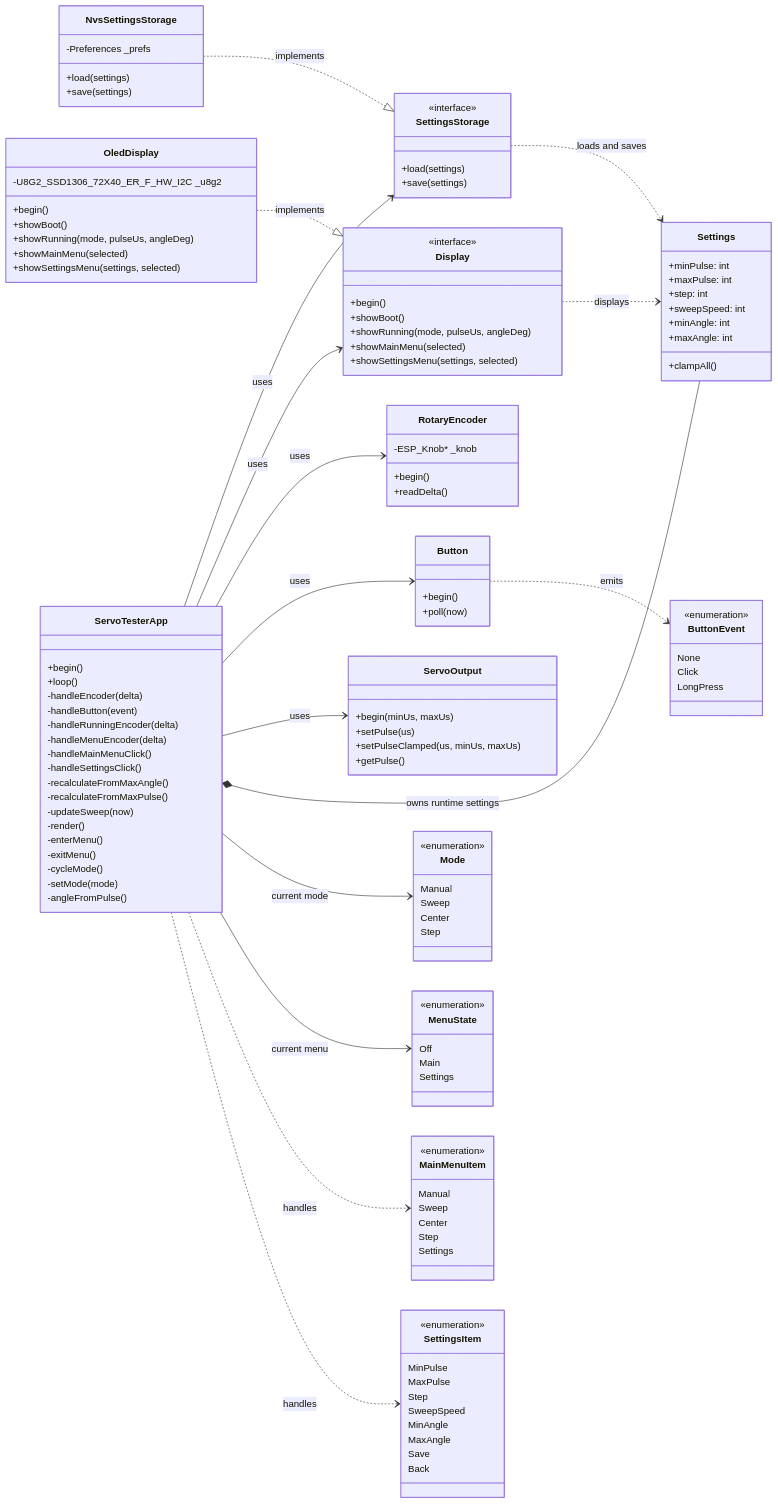
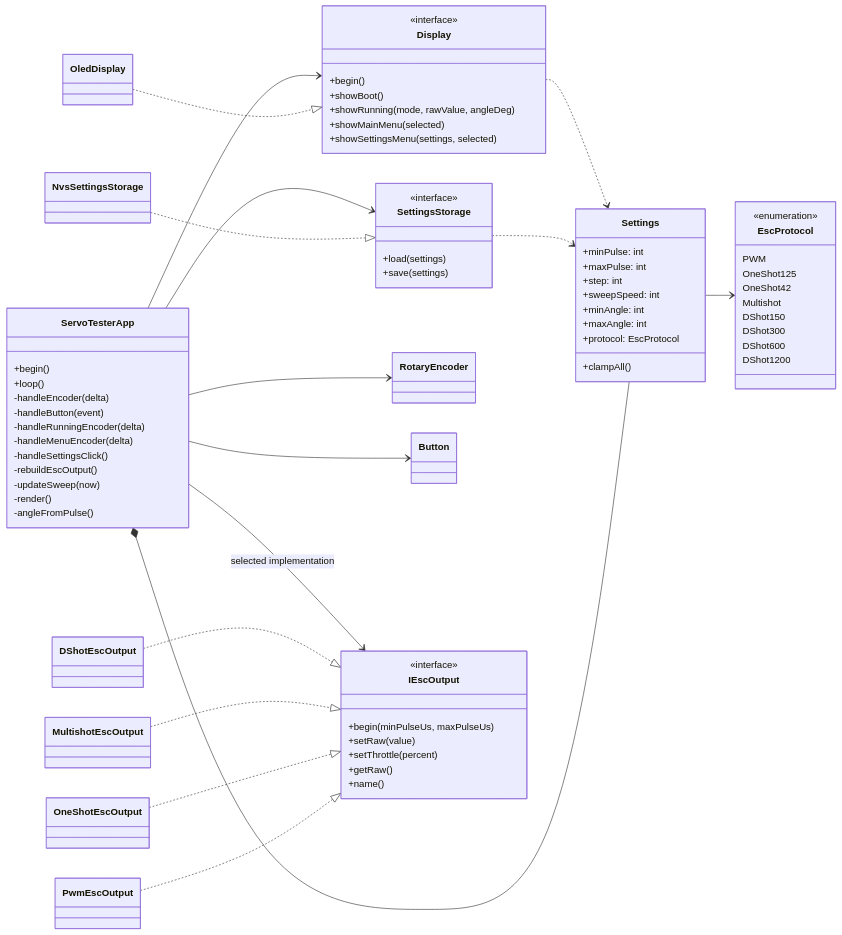
Before and after one commit to DKKivu/ServoTester: the third of 4 diagrams in DIAGRAMS.md, drawn with Mermaid. The commit also changed other lines of this file and 4 other files, not shown here.

````diff
--- a/DIAGRAMS.md
+++ b/DIAGRAMS.md
@@ -59,16 +79,10 @@
         -handleButton(event)
         -handleRunningEncoder(delta)
         -handleMenuEncoder(delta)
-        -handleMainMenuClick()
         -handleSettingsClick()
-        -recalculateFromMaxAngle()
-        -recalculateFromMaxPulse()
+        -rebuildEscOutput()
         -updateSweep(now)
         -render()
-        -enterMenu()
-        -exitMenu()
-        -cycleMode()
-        -setMode(mode)
         -angleFromPulse()
     }
 
@@ -79,6 +93,7 @@
         +sweepSpeed: int
         +minAngle: int
         +maxAngle: int
+        +protocol: EscProtocol
         +clampAll()
     }
 
@@ -87,105 +102,55 @@
         +load(settings)
         +save(settings)
     }
-
-    class NvsSettingsStorage {
-        -Preferences _prefs
-        +load(settings)
-        +save(settings)
-    }
-
+    class NvsSettingsStorage
     class Display {
         <<interface>>
         +begin()
         +showBoot()
-        +showRunning(mode, pulseUs, angleDeg)
+        +showRunning(mode, rawValue, angleDeg)
         +showMainMenu(selected)
         +showSettingsMenu(settings, selected)
     }
-
-    class OledDisplay {
-        -U8G2_SSD1306_72X40_ER_F_HW_I2C _u8g2
-        +begin()
-        +showBoot()
-        +showRunning(mode, pulseUs, angleDeg)
-        +showMainMenu(selected)
-        +showSettingsMenu(settings, selected)
+    class OledDisplay
+    class RotaryEncoder
+    class Button
+    class IEscOutput {
+        <<interface>>
+        +begin(minPulseUs, maxPulseUs)
+        +setRaw(value)
+        +setThrottle(percent)
+        +getRaw()
+        +name()
+    }
+    class PwmEscOutput
+    class OneShotEscOutput
+    class MultishotEscOutput
+    class DShotEscOutput
+    class EscProtocol {
+        <<enumeration>>
+        PWM
+        OneShot125
+        OneShot42
+        Multishot
+        DShot150
+        DShot300
+        DShot600
+        DShot1200
     }
 
-    class RotaryEncoder {
-        -ESP_Knob* _knob
-        +begin()
-        +readDelta()
-    }
-
-    class Button {
-        +begin()
-        +poll(now)
-    }
-
-    class ServoOutput {
-        +begin(minUs, maxUs)
-        +setPulse(us)
-        +setPulseClamped(us, minUs, maxUs)
-        +getPulse()
-    }
-
-    class Mode {
-        <<enumeration>>
-        Manual
-        Sweep
-        Center
-        Step
-    }
-
-    class MenuState {
-        <<enumeration>>
-        Off
-        Main
-        Settings
-    }
-
-    class ButtonEvent {
-        <<enumeration>>
-        None
-        Click
-        LongPress
-    }
-
-    class MainMenuItem {
-        <<enumeration>>
-        Manual
-        Sweep
-        Center
-        Step
-        Settings
-    }
-
-    class SettingsItem {
-        <<enumeration>>
-        MinPulse
-        MaxPulse
-        Step
-        SweepSpeed
-        MinAngle
-        MaxAngle
-        Save
-        Back
-    }
-
-    NvsSettingsStorage ..|> SettingsStorage : implements
-    OledDisplay ..|> Display : implements
-    ServoTesterApp --> SettingsStorage : uses
-    ServoTesterApp --> Display : uses
-    ServoTesterApp --> RotaryEncoder : uses
-    ServoTesterApp --> Button : uses
-    ServoTesterApp --> ServoOutput : uses
-    ServoTesterApp *-- Settings : owns runtime settings
-    ServoTesterApp --> Mode : current mode
-    ServoTesterApp --> MenuState : current menu
-    ServoTesterApp ..> MainMenuItem : handles
-    ServoTesterApp ..> SettingsItem : handles
-    Button ..> ButtonEvent : emits
-    SettingsStorage ..> Settings : loads and saves
-    Display ..> Settings : displays
+    NvsSettingsStorage ..|> SettingsStorage
+    OledDisplay ..|> Display
+    PwmEscOutput ..|> IEscOutput
+    OneShotEscOutput ..|> IEscOutput
+    MultishotEscOutput ..|> IEscOutput
+    DShotEscOutput ..|> IEscOutput
+    ServoTesterApp --> SettingsStorage
+    ServoTesterApp --> Display
+    ServoTesterApp --> RotaryEncoder
+    ServoTesterApp --> Button
+    ServoTesterApp --> IEscOutput : selected implementation
+    ServoTesterApp *-- Settings
+    Settings --> EscProtocol
+    SettingsStorage ..> Settings
+    Display ..> Settings
 ```
````
